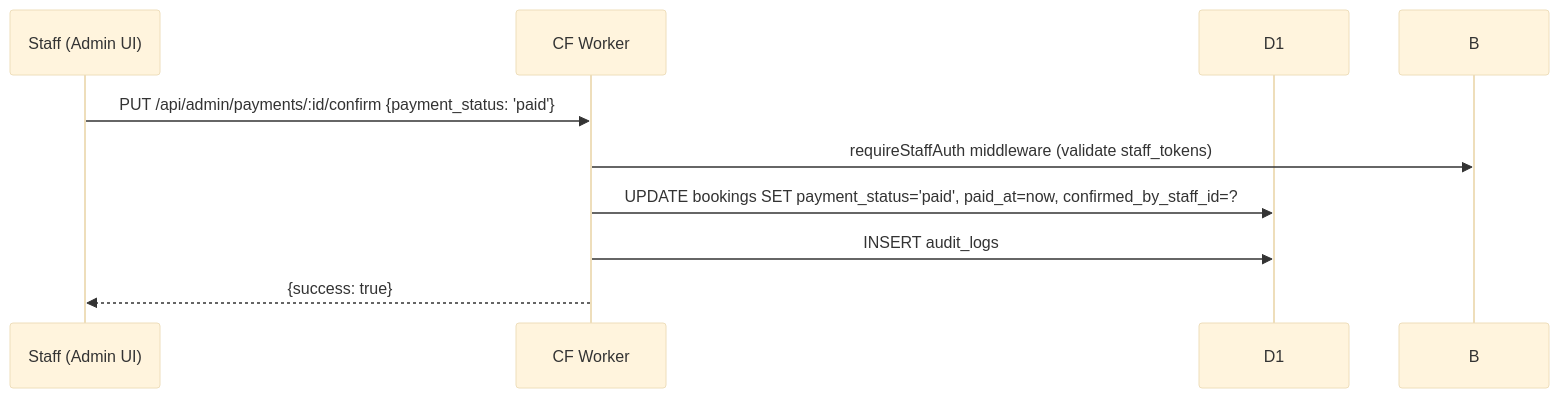
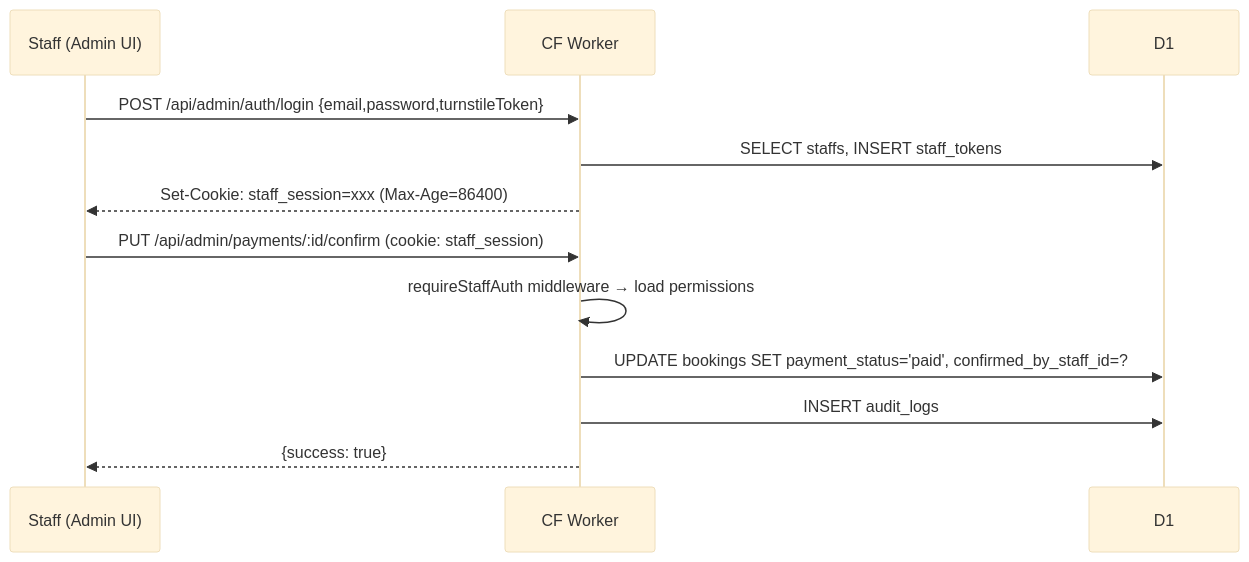
One commit to baonhatt/CTBooking changed the fifth of 8 diagrams in PROJECT_OVERVIEW.md. Above: the diagram before and after it, drawn with Mermaid (base theme). The commit also changed other lines of this file and 54 other files, not shown here.

````diff
--- a/PROJECT_OVERVIEW.md
+++ b/PROJECT_OVERVIEW.md
@@ -399,12 +426,16 @@
 ```mermaid
 sequenceDiagram
     participant S as Staff (Admin UI)
     participant W as CF Worker
     participant DB as D1
 
-    S->>W: PUT /api/admin/payments/:id/confirm {payment_status: 'paid'}
-    W->>B: requireStaffAuth middleware (validate staff_tokens)
-    W->>DB: UPDATE bookings SET payment_status='paid', paid_at=now, confirmed_by_staff_id=?
+    S->>W: POST /api/admin/auth/login {email,password,turnstileToken}
+    W->>DB: SELECT staffs, INSERT staff_tokens
+    W-->>S: Set-Cookie: staff_session=xxx (Max-Age=86400)
+
+    S->>W: PUT /api/admin/payments/:id/confirm (cookie: staff_session)
+    W->>W: requireStaffAuth middleware → load permissions
+    W->>DB: UPDATE bookings SET payment_status='paid', confirmed_by_staff_id=?
     W->>DB: INSERT audit_logs
     W-->>S: {success: true}
 ```
````
